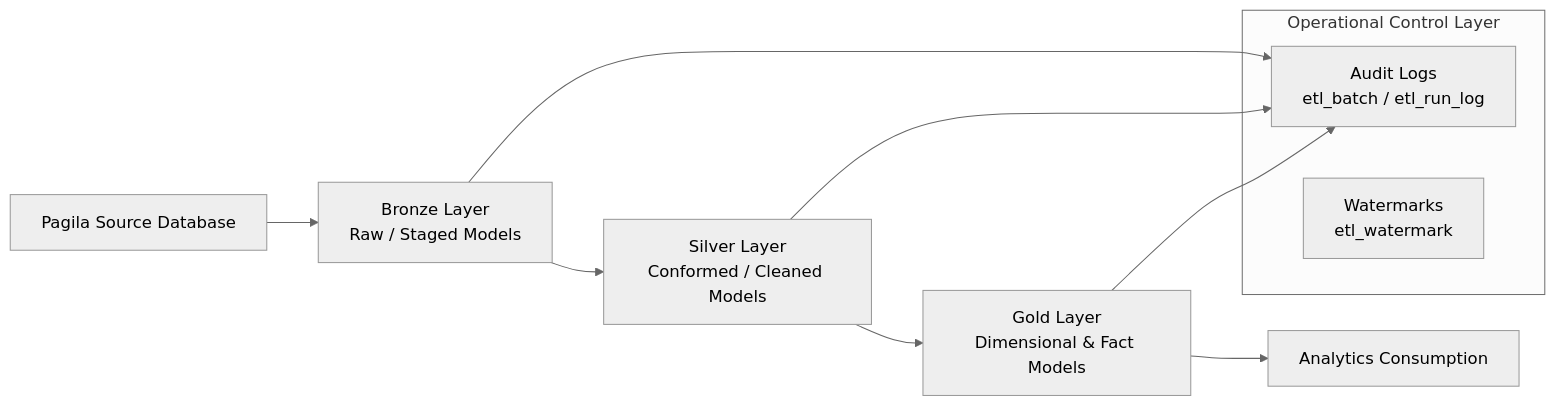
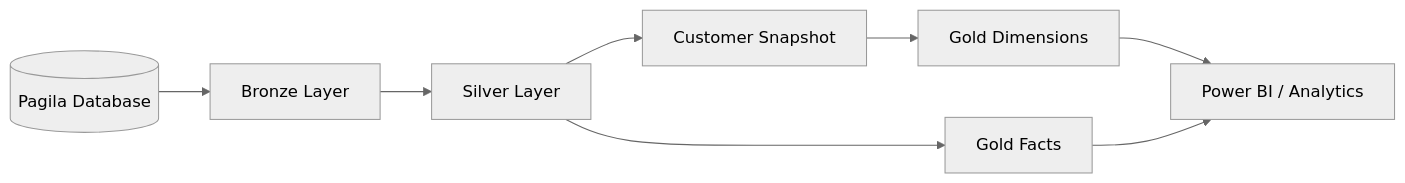
Before and after one commit to awaisajaz1/postgres-dbt-pipeline: the first of 3 diagrams in README.md, drawn with Mermaid (neutral theme). The commit also changed other lines of this file, not shown here.

````diff
--- a/README.md
+++ b/README.md
@@ -18,16 +39,15 @@
 ```mermaid
 flowchart LR
-    A[Pagila Source Database] --> B[Bronze Layer<br/>Raw / Staged Models]
-    B --> C[Silver Layer<br/>Conformed / Cleaned Models]
-    C --> D[Gold Layer<br/>Dimensional & Fact Models]
-    D --> E[Analytics Consumption]
 
-    B --> F[Audit Logs<br/>etl_batch / etl_run_log]
-    C --> F
-    D --> F
+A[(Pagila Database)]
 
-    subgraph Control[Operational Control Layer]
-        F
-        G[Watermarks<br/>etl_watermark]
-    end
+A --> B[Bronze Layer]
+B --> C[Silver Layer]
+C --> S[Customer Snapshot]
+S --> D[Gold Dimensions]
+
+C --> F[Gold Facts]
+
+D --> BI[Power BI / Analytics]
+F --> BI
 ```
````
